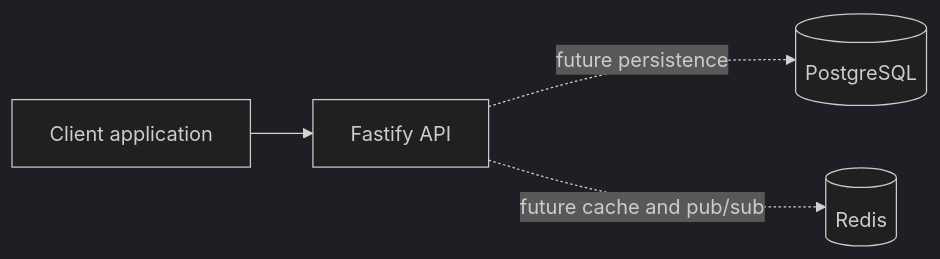
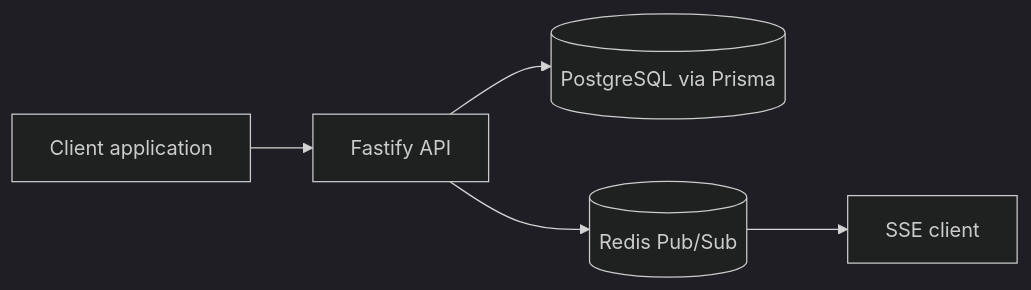
Before and after one commit to Shwejit/NotifAI: the diagram in README.md, drawn with Mermaid (dark theme). The commit also changed other lines of this file and 32 other files, not shown here.

````diff
--- a/README.md
+++ b/README.md
@@ -7,6 +7,7 @@
 ```mermaid
 flowchart LR
   Client[Client application] --> API[Fastify API]
-  API -. future persistence .-> PG[(PostgreSQL)]
-  API -. future cache and pub/sub .-> Redis[(Redis)]
+  API --> PG[(PostgreSQL via Prisma)]
+  API --> Redis[(Redis Pub/Sub)]
+  Redis --> SSE[SSE client]
 ```
````
